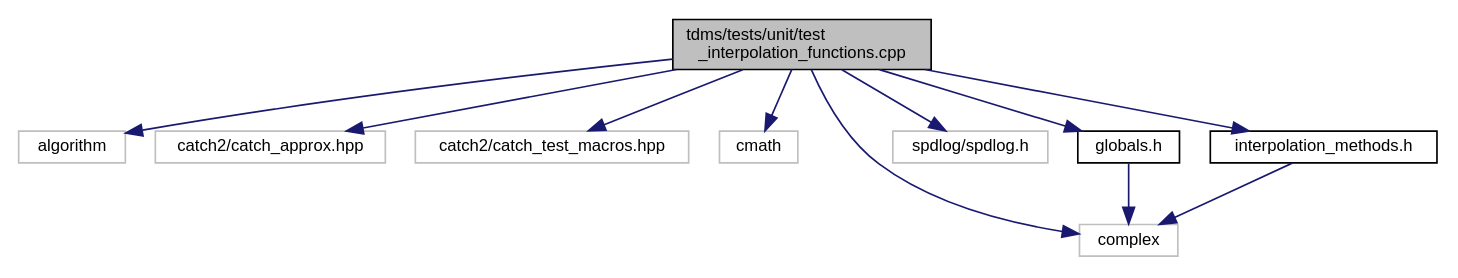
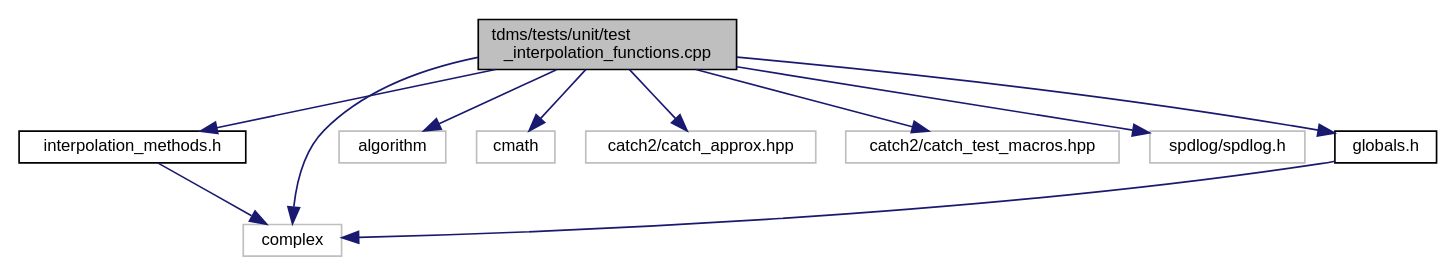
One commit to UCL/TDMS changed the diagram in test__interpolation__functions_8cpp__incl.dot. Above: the diagram before and after it, drawn with Graphviz. The commit also changed 145 other files, not shown here.

```diff
--- a/test__interpolation__functions_8cpp__incl.dot
+++ b/test__interpolation__functions_8cpp__incl.dot
@@ -1,25 +1,25 @@
 digraph "tdms/tests/unit/test_interpolation_functions.cpp"
 {
  // LATEX_PDF_SIZE
   edge [fontname="Helvetica",fontsize="10",labelfontname="Helvetica",labelfontsize="10"];
   node [fontname="Helvetica",fontsize="10",shape=record];
   Node1 [label="tdms/tests/unit/test\l_interpolation_functions.cpp",height=0.2,width=0.4,color="black", fillcolor="grey75", style="filled", fontcolor="black",tooltip="Tests the performance of the interpolation functions, using 1D data mimicing a coordinate axes."];
   Node1 -> Node2 [color="midnightblue",fontsize="10",style="solid",fontname="Helvetica"];
-  Node2 [label="algorithm",height=0.2,width=0.4,color="grey75", fillcolor="white", style="filled",tooltip=" "];
-  Node1 -> Node3 [color="midnightblue",fontsize="10",style="solid",fontname="Helvetica"];
-  Node3 [label="catch2/catch_approx.hpp",height=0.2,width=0.4,color="grey75", fillcolor="white", style="filled",tooltip=" "];
+  Node2 [label="interpolation_methods.h",height=0.2,width=0.4,color="black", fillcolor="white", style="filled",URL="$interpolation__methods_8h.html",tooltip="InterpScheme class methods and supporting functions."];
+  Node2 -> Node3 [color="midnightblue",fontsize="10",style="solid",fontname="Helvetica"];
+  Node3 [label="complex",height=0.2,width=0.4,color="grey75", fillcolor="white", style="filled",tooltip=" "];
   Node1 -> Node4 [color="midnightblue",fontsize="10",style="solid",fontname="Helvetica"];
-  Node4 [label="catch2/catch_test_macros.hpp",height=0.2,width=0.4,color="grey75", fillcolor="white", style="filled",tooltip=" "];
+  Node4 [label="algorithm",height=0.2,width=0.4,color="grey75", fillcolor="white", style="filled",tooltip=" "];
   Node1 -> Node5 [color="midnightblue",fontsize="10",style="solid",fontname="Helvetica"];
   Node5 [label="cmath",height=0.2,width=0.4,color="grey75", fillcolor="white", style="filled",tooltip=" "];
+  Node1 -> Node3 [color="midnightblue",fontsize="10",style="solid",fontname="Helvetica"];
   Node1 -> Node6 [color="midnightblue",fontsize="10",style="solid",fontname="Helvetica"];
-  Node6 [label="complex",height=0.2,width=0.4,color="grey75", fillcolor="white", style="filled",tooltip=" "];
+  Node6 [label="catch2/catch_approx.hpp",height=0.2,width=0.4,color="grey75", fillcolor="white", style="filled",tooltip=" "];
   Node1 -> Node7 [color="midnightblue",fontsize="10",style="solid",fontname="Helvetica"];
-  Node7 [label="spdlog/spdlog.h",height=0.2,width=0.4,color="grey75", fillcolor="white", style="filled",tooltip=" "];
+  Node7 [label="catch2/catch_test_macros.hpp",height=0.2,width=0.4,color="grey75", fillcolor="white", style="filled",tooltip=" "];
   Node1 -> Node8 [color="midnightblue",fontsize="10",style="solid",fontname="Helvetica"];
-  Node8 [label="globals.h",height=0.2,width=0.4,color="black", fillcolor="white", style="filled",URL="$globals_8h.html",tooltip="Type definitions and global constants."];
-  Node8 -> Node6 [color="midnightblue",fontsize="10",style="solid",fontname="Helvetica"];
+  Node8 [label="spdlog/spdlog.h",height=0.2,width=0.4,color="grey75", fillcolor="white", style="filled",tooltip=" "];
   Node1 -> Node9 [color="midnightblue",fontsize="10",style="solid",fontname="Helvetica"];
-  Node9 [label="interpolation_methods.h",height=0.2,width=0.4,color="black", fillcolor="white", style="filled",URL="$interpolation__methods_8h.html",tooltip="InterpScheme class methods and supporting functions."];
-  Node9 -> Node6 [color="midnightblue",fontsize="10",style="solid",fontname="Helvetica"];
+  Node9 [label="globals.h",height=0.2,width=0.4,color="black", fillcolor="white", style="filled",URL="$globals_8h.html",tooltip="Type definitions and global constants."];
+  Node9 -> Node3 [color="midnightblue",fontsize="10",style="solid",fontname="Helvetica"];
 }
```
